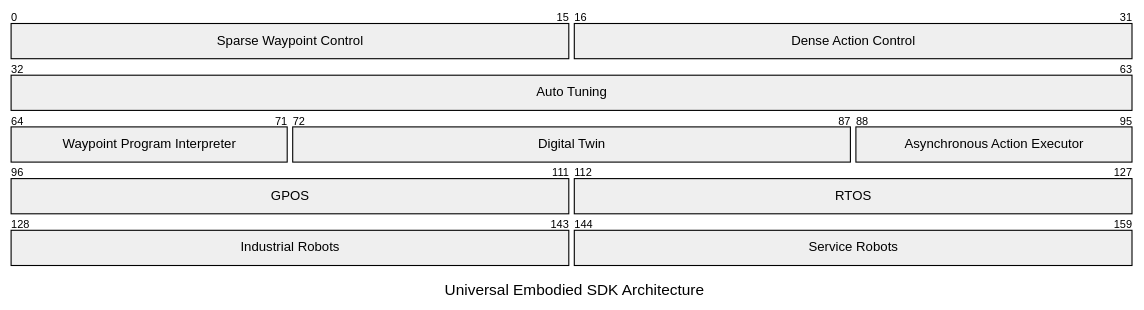
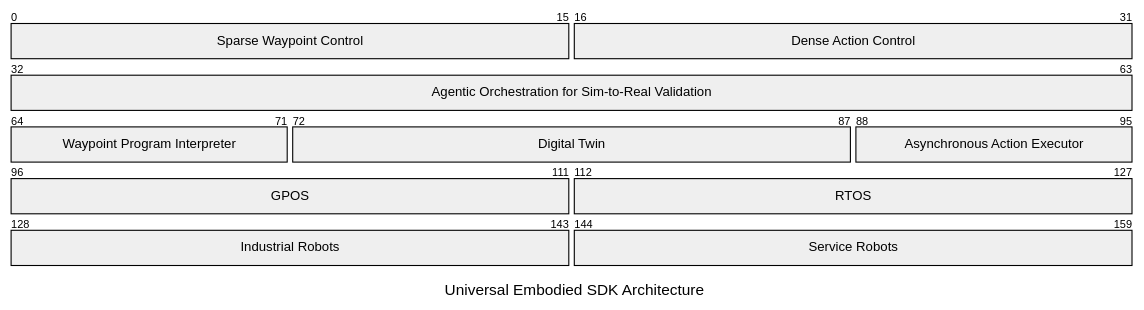
One commit to MarkovChenITRI/.github changed the second of 2 diagrams in profile/README.md. Above: the diagram before and after it, drawn with Mermaid.

````diff
--- a/profile/README.md
+++ b/profile/README.md
@@ -67,16 +67,16 @@
 ```mermaid
 ---
 title: Universal Embodied SDK Architecture
 ---
 packet
 0-15: "Sparse Waypoint Control"
 16-31: "Dense Action Control"
-32-63: "Auto Tuning"
+32-63: "Agentic Orchestration for Sim-to-Real Validation"
 64-71: "Waypoint Program Interpreter"
 72-87: "Digital Twin"
 88-95: "Asynchronous Action Executor"
 96-111: "GPOS"
 112-127: "RTOS"
 128-143: "Industrial Robots"
 144-159: "Service Robots"
 ```
````
